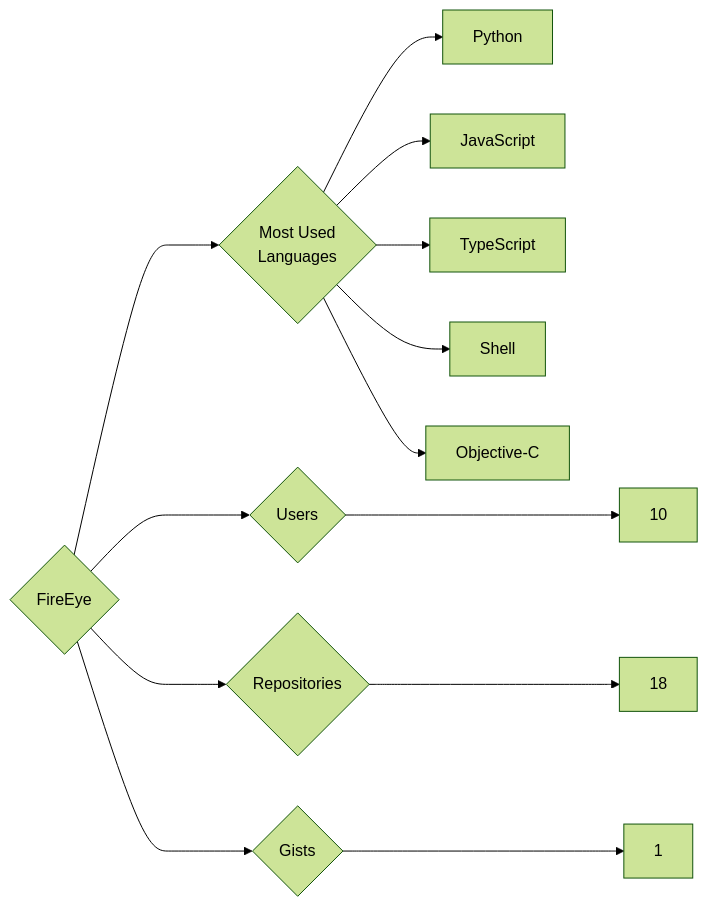
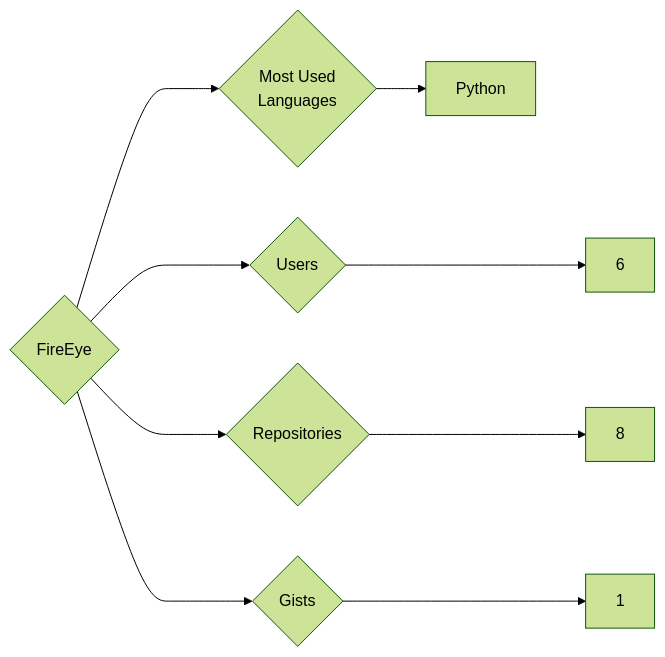
Before and after one commit to trickest/insiders: the diagram in targets/FireEye/README.md, drawn with Mermaid (forest theme). The commit also changed 933 other files, not shown here.

````diff
--- a/targets/FireEye/README.md
+++ b/targets/FireEye/README.md
@@ -3,13 +3,9 @@
 ```mermaid
 graph LR
 COMPANY_NAME{FireEye}
-COMPANY_NAME ---> U{Users} ---> UN[10]
-COMPANY_NAME ---> R{Repositories} ---> RN[18]
+COMPANY_NAME ---> U{Users} ---> UN[6]
+COMPANY_NAME ---> R{Repositories} ---> RN[8]
 COMPANY_NAME ---> G{Gists} ---> GN[1]
 COMPANY_NAME ---> ML{Most Used<br>Languages}
 ML --> Python[Python]
-ML --> JavaScript[JavaScript]
-ML --> TypeScript[TypeScript]
-ML --> Shell[Shell]
-ML --> Objective-C[Objective-C]
 ```
````
